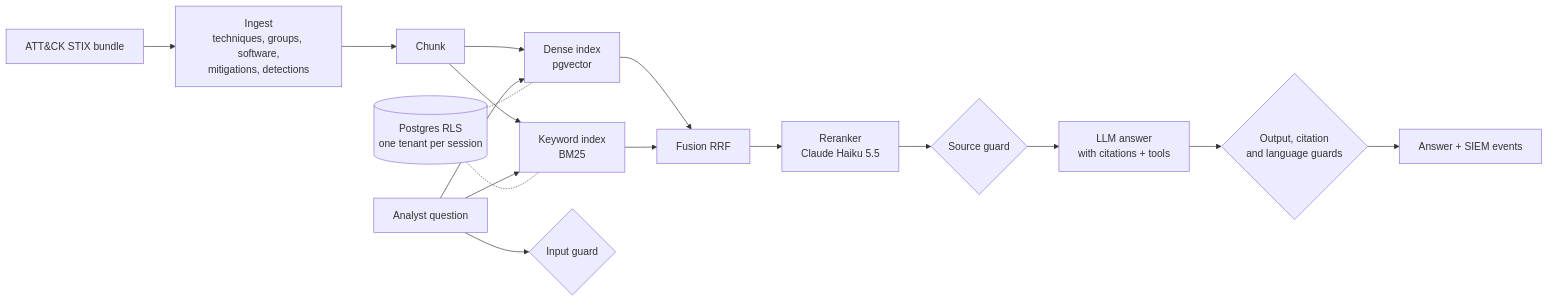
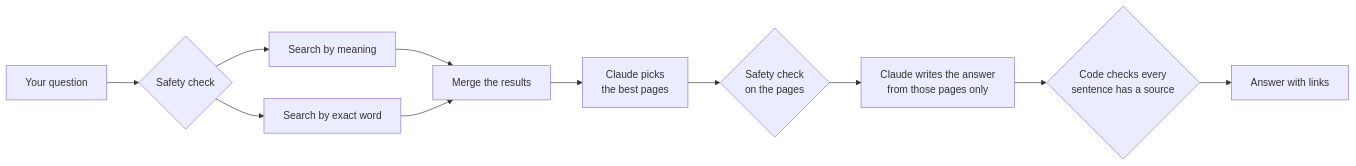
One commit to Yasine-Khamassi/attack-rag changed the diagram in README.md. Above: the diagram before and after it, drawn with Mermaid. The commit also changed other lines of this file and 4 other files, not shown here.

````diff
--- a/README.md
+++ b/README.md
@@ -67,12 +68,11 @@
 ```mermaid
 flowchart LR
-    A[ATT&CK STIX bundle] --> B[Ingest<br/>techniques, groups, software,<br/>mitigations, detections]
-    B --> C[Chunk]
-    C --> D[Dense index<br/>pgvector]
-    C --> E[Keyword index<br/>BM25]
-    Q[Analyst question] --> D & E
-    Q --> IG{Input guard}
-    D & E --> F[Fusion RRF] --> G[Reranker<br/>Claude Haiku 5.5] --> SG{Source guard} --> H[LLM answer<br/>with citations + tools]
-    H --> OG{Output, citation<br/>and language guards} --> ANS[Answer + SIEM events]
-    PG[(Postgres RLS<br/>one tenant per session)] -.- D & E
+    Q[Your question] --> G1{Safety check}
+    G1 --> S1[Search by meaning] & S2[Search by exact word]
+    S1 & S2 --> M[Merge the results]
+    M --> R[Claude picks<br/>the best pages]
+    R --> G2{Safety check<br/>on the pages}
+    G2 --> A[Claude writes the answer<br/>from those pages only]
+    A --> G3{Code checks every<br/>sentence has a source}
+    G3 --> OUT[Answer with links]
 ```
````
